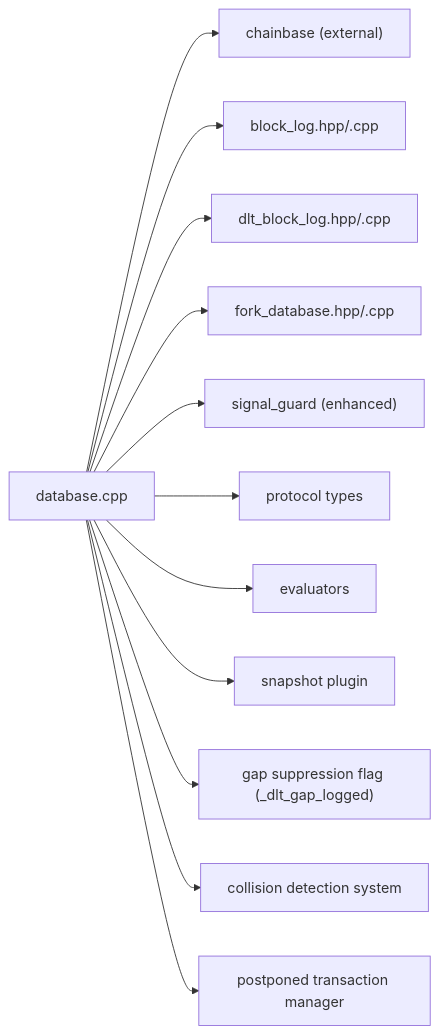
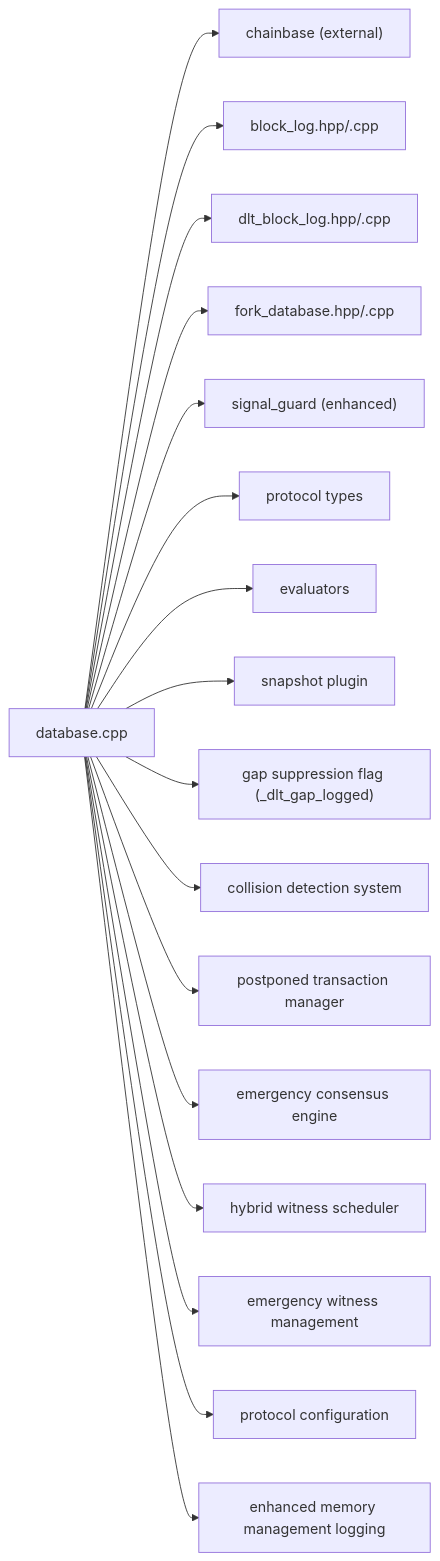
Diagram 21 of 21 in .qoder/repowiki/en/content/Architecture Overview/Core Libraries/Chain Library/Database Management/Database Management.md (VIZ-Blockchain/viz-cpp-node), drawn with Mermaid before and after one commit. The commit also changed other lines of this file and 7 other files, not shown here.

First line of the commit message:
feat(database): implement emergency consensus and enhance memory management logging

````diff
--- a/.qoder/repowiki/en/content/Architecture Overview/Core Libraries/Chain Library/Database Management/Database Management.md
+++ b/.qoder/repowiki/en/content/Architecture Overview/Core Libraries/Chain Library/Database Management/Database Management.md
@@ -698,14 +969,19 @@
 ```mermaid
 graph LR
 DB["database.cpp"] --> CB["chainbase (external)"]
 DB --> BL["block_log.hpp/.cpp"]
 DB --> DLT["dlt_block_log.hpp/.cpp"]
 DB --> FD["fork_database.hpp/.cpp"]
 DB --> SG["signal_guard (enhanced)"]
 DB --> PT["protocol types"]
 DB --> EV["evaluators"]
 DB --> SNAP["snapshot plugin"]
 DB --> GAP["gap suppression flag (_dlt_gap_logged)"]
 DB --> COLL["collision detection system"]
 DB --> POST["postponed transaction manager"]
+DB --> EMER["emergency consensus engine"]
+DB --> HYBRID["hybrid witness scheduler"]
+DB --> WITNESS["emergency witness management"]
+DB --> PROTO["protocol configuration"]
+DB --> MEMLOG["enhanced memory management logging"]
 ```
````
